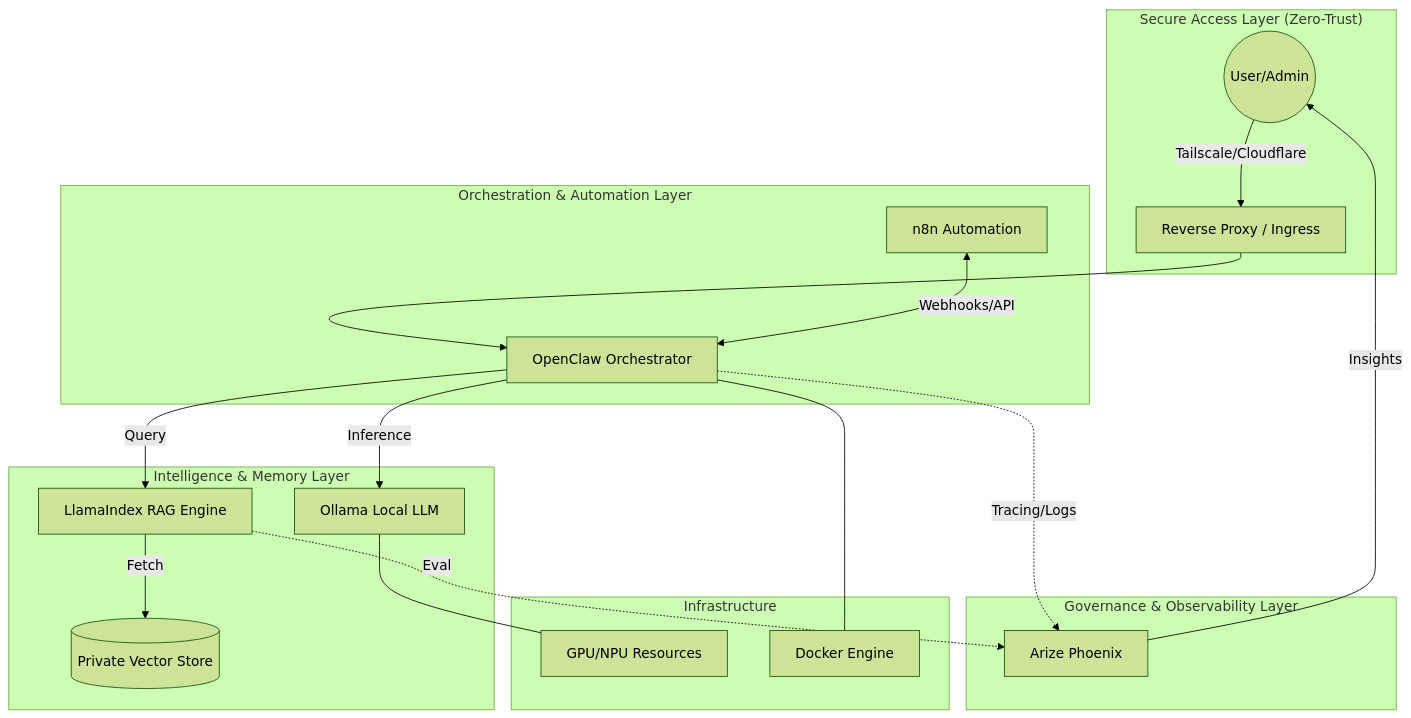
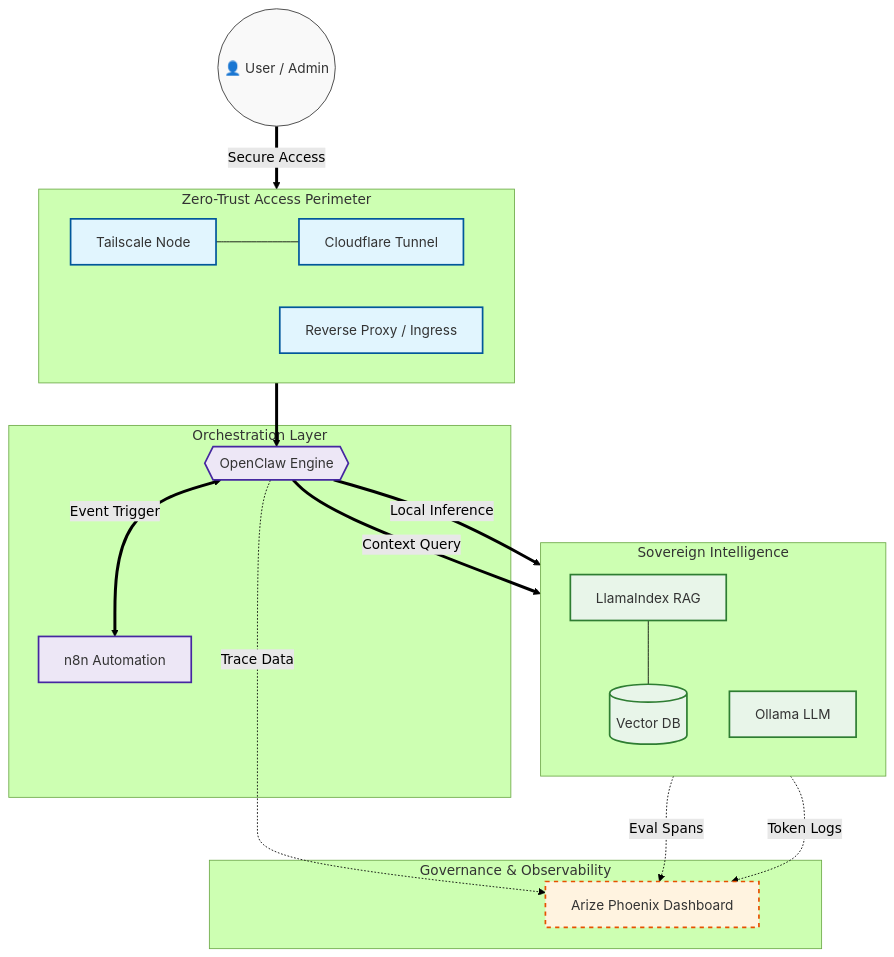
Before and after one commit to vspatabuga/vspatabuga: the diagram in Prototypes/unified-ai-governance-stack.md, drawn with Mermaid (forest theme).

Commit message:
docs: upgrade Mermaid diagram to professional elegant design

````diff
--- a/Prototypes/unified-ai-governance-stack.md
+++ b/Prototypes/unified-ai-governance-stack.md
@@ -12,28 +12,53 @@
 ```mermaid
-graph TD
-    subgraph "Secure Access Layer (Zero-Trust)"
-        User((User/Admin)) -->|Tailscale/Cloudflare| Gateway[Reverse Proxy / Ingress]
+flowchart TD
+    %% Global Styling
+    classDef default fill:#f9f9f9,stroke:#333,stroke-width:1px,color:#333,font-family:Inter,sans-serif;
+    classDef security fill:#e1f5fe,stroke:#01579b,stroke-width:2px;
+    classDef orchestrator fill:#ede7f6,stroke:#4527a0,stroke-width:2px;
+    classDef intelligence fill:#e8f5e9,stroke:#2e7d32,stroke-width:2px;
+    classDef governance fill:#fff3e0,stroke:#e65100,stroke-width:2px,stroke-dasharray: 5 5;
+    classDef infra fill:#eceff1,stroke:#455a64,stroke-width:1px;
+
+    %% Nodes & Structure
+    User((👤 User / Admin))
+    
+    subgraph PERIMETER [Zero-Trust Access Perimeter]
+        direction LR
+        TS[Tailscale Node] --- CF[Cloudflare Tunnel]
+        GW[Reverse Proxy / Ingress]
     end
 
-    subgraph "Orchestration & Automation Layer"
-        Gateway --> OpenClaw[OpenClaw Orchestrator]
-        n8n[n8n Automation] <-->|Webhooks/API| OpenClaw
+    subgraph CORE [Orchestration Layer]
+        OC{{OpenClaw Engine}}
+        N8N[n8n Automation]
     end
 
-    subgraph "Intelligence & Memory Layer"
-        OpenClaw -->|Query| LlamaIndex[LlamaIndex RAG Engine]
-        LlamaIndex -->|Fetch| VectorDB[(Private Vector Store)]
-        OpenClaw -->|Inference| Ollama[Ollama Local LLM]
+    subgraph BRAIN [Sovereign Intelligence]
+        direction TB
+        LI[LlamaIndex RAG] --- VDB[(Vector DB)]
+        OL[Ollama LLM]
     end
 
-    subgraph "Governance & Observability Layer"
-        OpenClaw -.->|Tracing/Logs| Phoenix[Arize Phoenix]
-        LlamaIndex -.->|Eval| Phoenix
-        Phoenix -->|Insights| User
+    subgraph AUDIT [Governance & Observability]
+        PHX[Arize Phoenix Dashboard]
     end
 
-    subgraph "Infrastructure"
-        Ollama --- GPU[GPU/NPU Resources]
-        OpenClaw --- Docker[Docker Engine]
-    end
+    %% Connections
+    User ==>|Secure Access| GW
+    GW ==> OC
+    OC <==>|Event Trigger| N8N
+    
+    OC ==>|Context Query| LI
+    OC ==>|Local Inference| OL
+    
+    %% Audit Trails (Dashed lines for clarity)
+    OC -.->|Trace Data| PHX
+    LI -.->|Eval Spans| PHX
+    OL -.->|Token Logs| PHX
+    
+    %% Assign Classes
+    class TS,CF,GW security;
+    class OC,N8N orchestrator;
+    class LI,VDB,OL intelligence;
+    class PHX governance;
 ```
````
